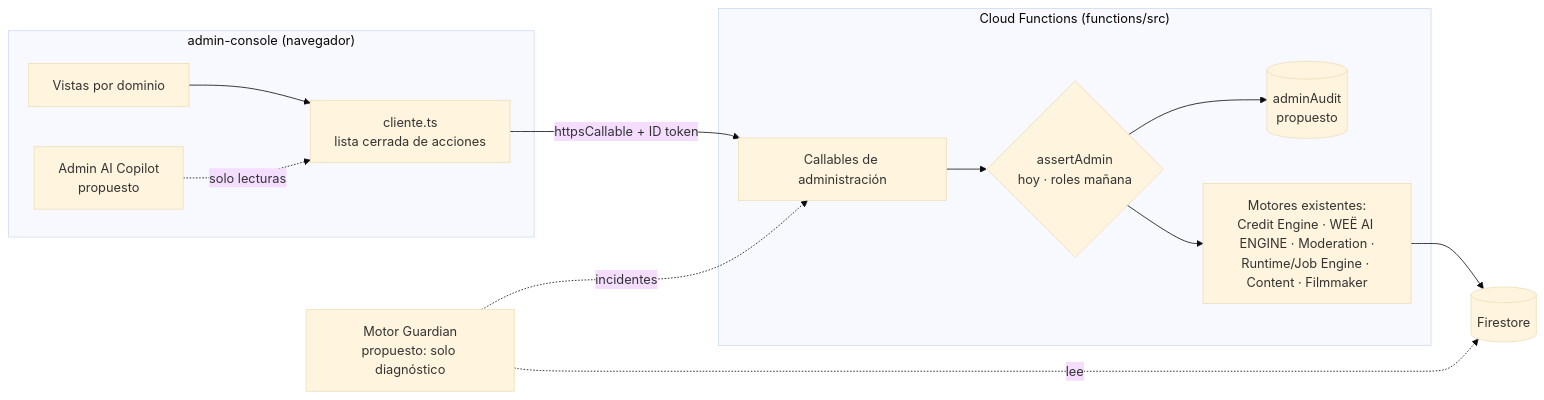
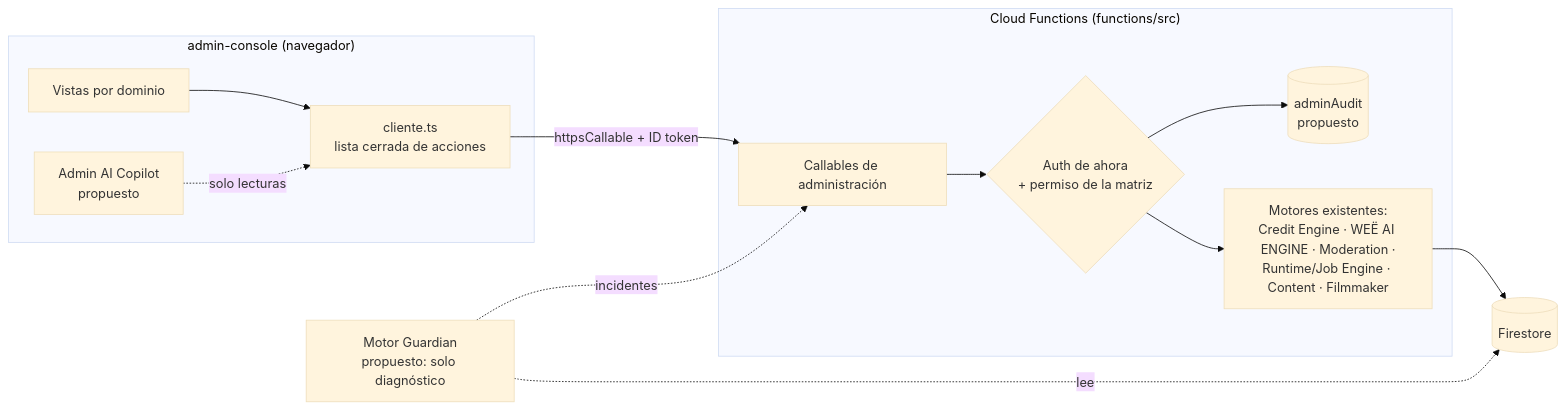
Before and after one commit to geovetlf/wee-app: the diagram in docs/admin-console/WEE_ADMIN_CONSOLE_MASTER_ARCHITECTURE.md, drawn with Mermaid (base theme). The commit also changed 69 other files, not shown here.

First line of the commit message:
fix(admin): puerta común de autorización y auditoría para administración

````diff
--- a/docs/admin-console/WEE_ADMIN_CONSOLE_MASTER_ARCHITECTURE.md
+++ b/docs/admin-console/WEE_ADMIN_CONSOLE_MASTER_ARCHITECTURE.md
@@ -59,16 +59,16 @@
 ```mermaid
 flowchart LR
   subgraph Navegador["admin-console (navegador)"]
     UI[Vistas por dominio] --> Cliente[cliente.ts<br/>lista cerrada de acciones]
     Copiloto[Admin AI Copilot<br/>propuesto] -.solo lecturas.-> Cliente
   end
   Cliente -->|httpsCallable + ID token| Fn
   subgraph Servidor["Cloud Functions (functions/src)"]
-    Fn[Callables de administración] --> Auth{assertAdmin<br/>hoy · roles mañana}
+    Fn[Callables de administración] --> Auth{Auth de ahora<br/>+ permiso de la matriz}
     Auth --> Audit[(adminAudit<br/>propuesto)]
     Auth --> Motores[Motores existentes:<br/>Credit Engine · WEË AI ENGINE · Moderation ·<br/>Runtime/Job Engine · Content · Filmmaker]
   end
   Motores --> FS[(Firestore)]
   Guardian[Motor Guardian<br/>propuesto: solo diagnóstico] -.lee.-> FS
   Guardian -.incidentes.-> Fn
 ```
````
